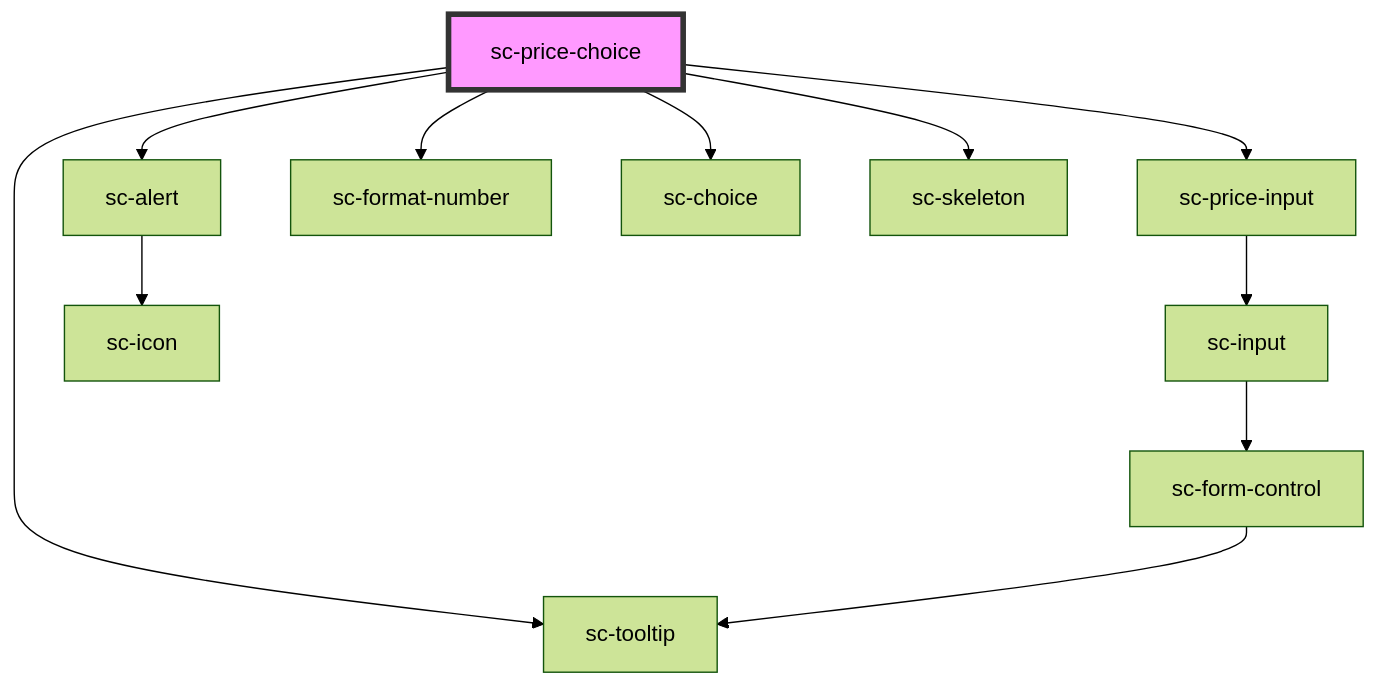
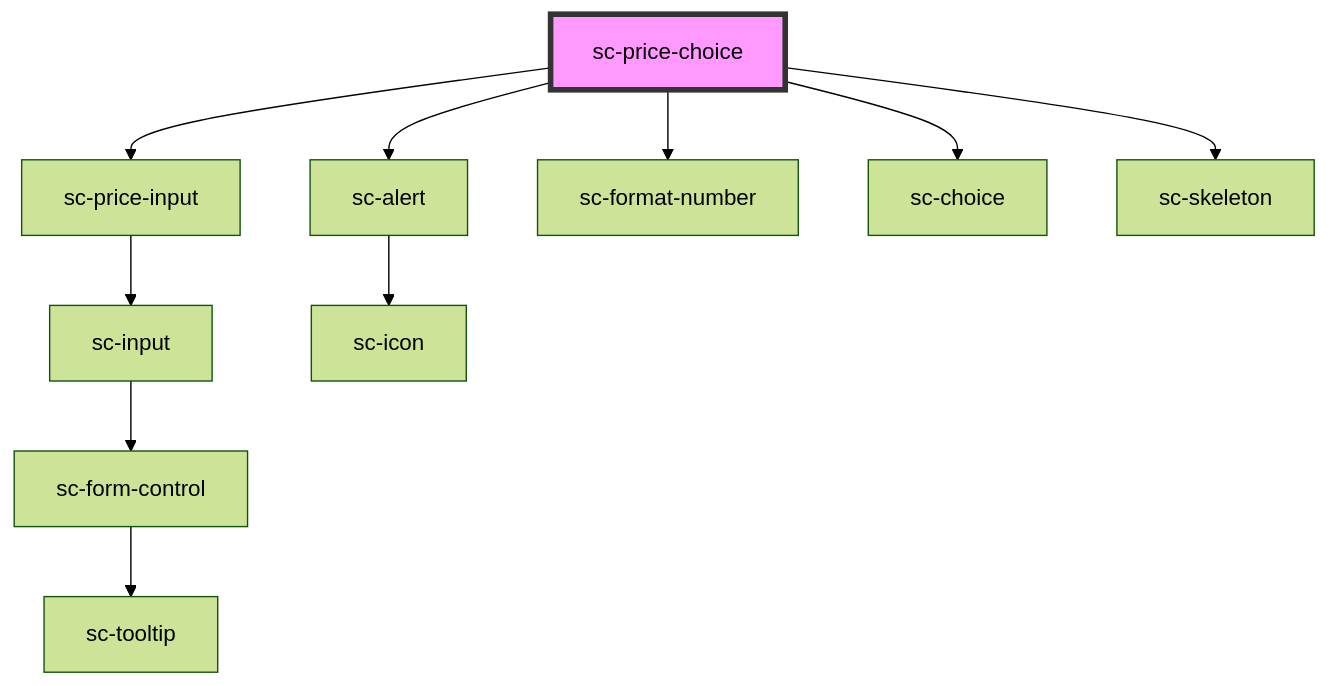
The diagram in packages/components/src/components/controllers/checkout-form/price-choice/readme.md (surecart/surecart-wp-plugin), drawn with Mermaid (forest theme) before and after one commit. The commit also changed other lines of this file and 20 other files, not shown here.

````diff
--- a/packages/components/src/components/controllers/checkout-form/price-choice/readme.md
+++ b/packages/components/src/components/controllers/checkout-form/price-choice/readme.md
@@ -51,14 +50,13 @@
 ```mermaid
 graph TD;
   sc-price-choice --> sc-price-input
   sc-price-choice --> sc-alert
   sc-price-choice --> sc-format-number
   sc-price-choice --> sc-choice
   sc-price-choice --> sc-skeleton
-  sc-price-choice --> sc-tooltip
   sc-price-input --> sc-input
   sc-input --> sc-form-control
   sc-form-control --> sc-tooltip
   sc-alert --> sc-icon
   style sc-price-choice fill:#f9f,stroke:#333,stroke-width:4px
 ```
````
